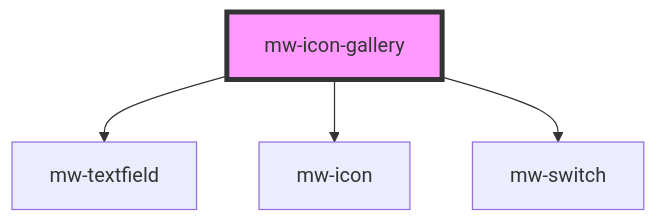
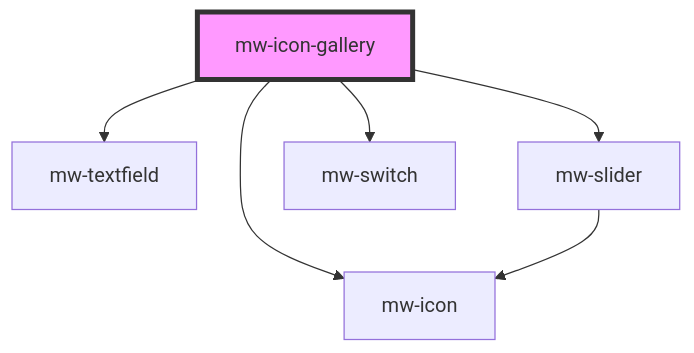
Before and after one commit to MaibornWolff/mwui: the diagram in mwui-stencil/src/components/mw-icon-gallery/readme.md, drawn with Mermaid. The commit also changed other lines of this file and 6 other files, not shown here.

````diff
--- a/mwui-stencil/src/components/mw-icon-gallery/readme.md
+++ b/mwui-stencil/src/components/mw-icon-gallery/readme.md
@@ -21,7 +22,9 @@
 ```mermaid
 graph TD;
   mw-icon-gallery --> mw-textfield
   mw-icon-gallery --> mw-icon
+  mw-icon-gallery --> mw-slider
   mw-icon-gallery --> mw-switch
+  mw-slider --> mw-icon
   style mw-icon-gallery fill:#f9f,stroke:#333,stroke-width:4px
 ```
````
